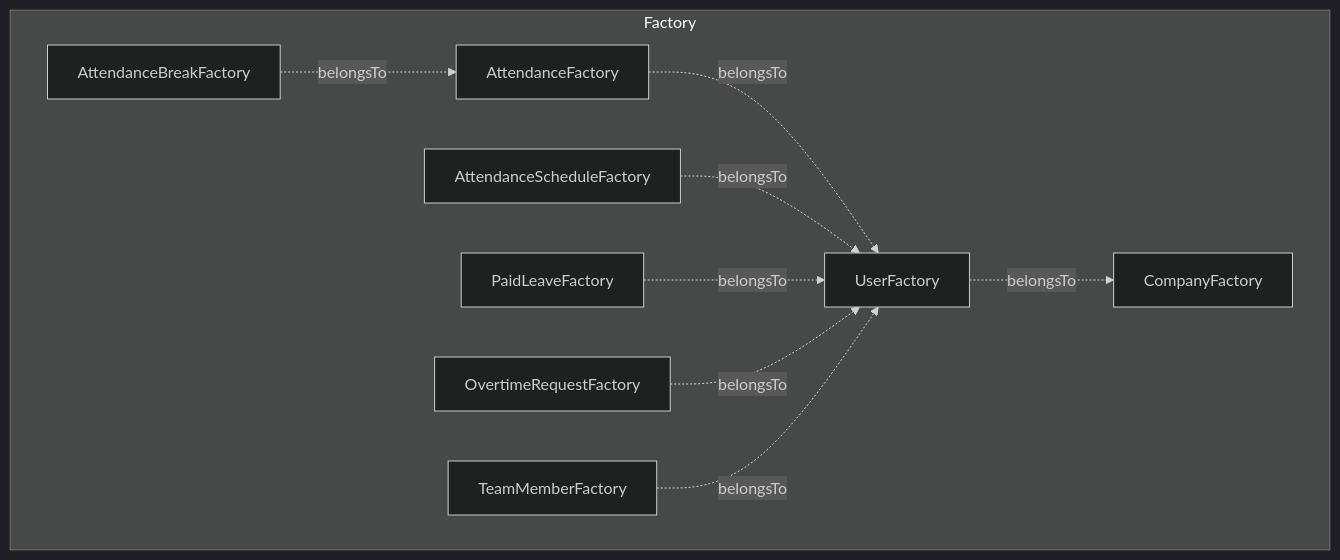
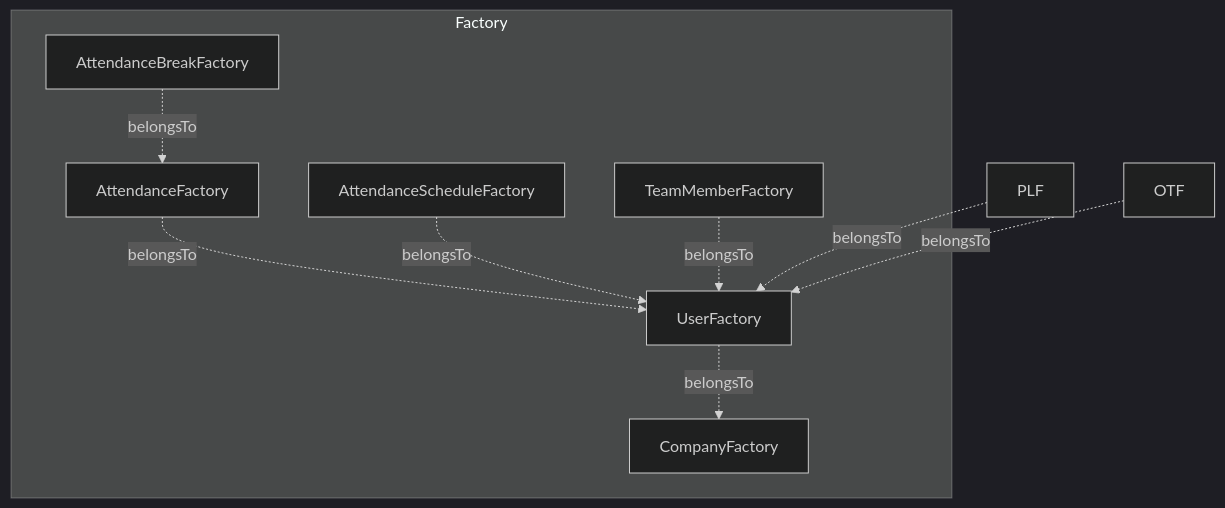
The first of 2 diagrams in docs/dev/test-factory-design.md (miyazakisora111/time-attendance), drawn with Mermaid (dark theme) before and after one commit. The commit also changed other lines of this file and 118 other files, not shown here.

````diff
--- a/docs/dev/test-factory-design.md
+++ b/docs/dev/test-factory-design.md
@@ -9,21 +9,19 @@
 ```mermaid
 graph TD
     subgraph "Factory"
         UF["UserFactory"]
         CF["CompanyFactory"]
         AF["AttendanceFactory"]
         ABF["AttendanceBreakFactory"]
         ASF["AttendanceScheduleFactory"]
-        PLF["PaidLeaveFactory"]
-        OTF["OvertimeRequestFactory"]
         TMF["TeamMemberFactory"]
     end
 
     UF -.->|"belongsTo"| CF
     AF -.->|"belongsTo"| UF
     ABF -.->|"belongsTo"| AF
     ASF -.->|"belongsTo"| UF
     PLF -.->|"belongsTo"| UF
     OTF -.->|"belongsTo"| UF
     TMF -.->|"belongsTo"| UF
 ```
````
